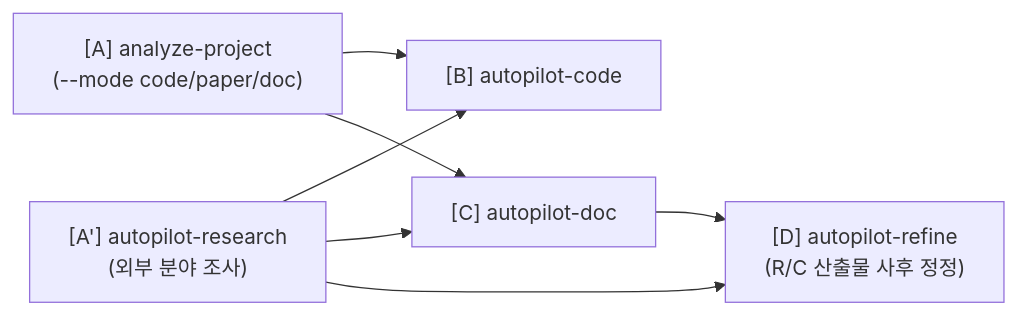
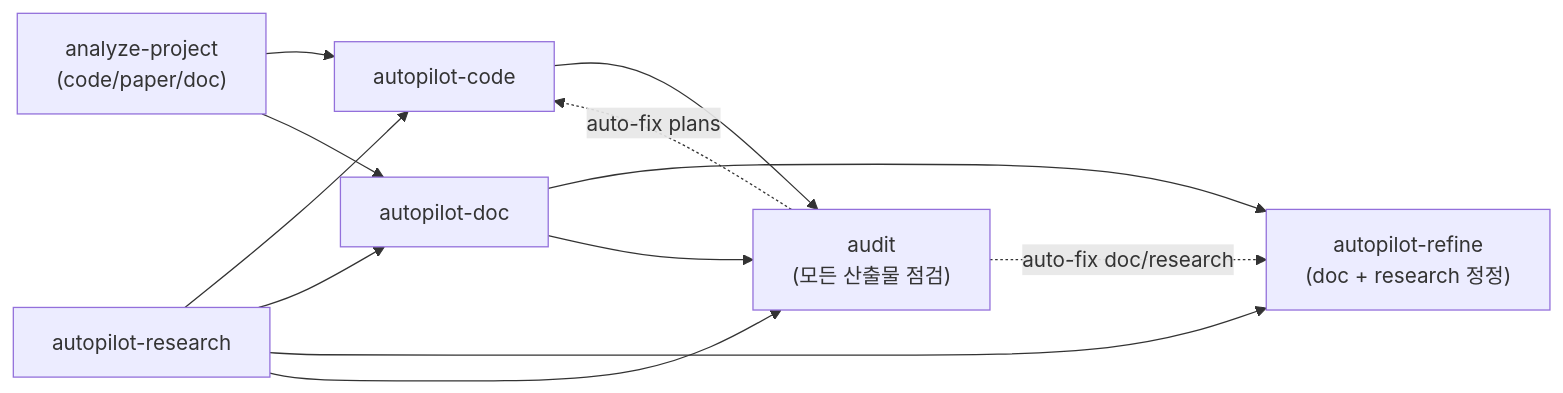
Before and after one commit to dmlguq456/agent_setting: the first of 3 diagrams in README.md, drawn with Mermaid. The commit also changed other lines of this file and 9 other files, not shown here.

````diff
--- a/README.md
+++ b/README.md
@@ -15,14 +12,20 @@
 ```mermaid
 flowchart LR
-    A["[A] analyze-project<br/>(--mode code/paper/doc)"]
-    R["[A'] autopilot-research<br/>(외부 분야 조사)"]
-    B["[B] autopilot-code"]
-    C["[C] autopilot-doc"]
-    D["[D] autopilot-refine<br/>(R/C 산출물 사후 정정)"]
-    A --> B
-    A --> C
-    R --> B
-    R --> C
-    R --> D
-    C --> D
+    ANA["analyze-project<br/>(code/paper/doc)"]
+    RES["autopilot-research"]
+    CODE["autopilot-code"]
+    DOC["autopilot-doc"]
+    REF["autopilot-refine<br/>(doc + research 정정)"]
+    AUD["audit<br/>(모든 산출물 점검)"]
+    ANA --> CODE
+    ANA --> DOC
+    RES --> CODE
+    RES --> DOC
+    RES --> REF
+    DOC --> REF
+    RES --> AUD
+    DOC --> AUD
+    CODE --> AUD
+    AUD -.->|auto-fix doc/research| REF
+    AUD -.->|auto-fix plans| CODE
 ```
````
